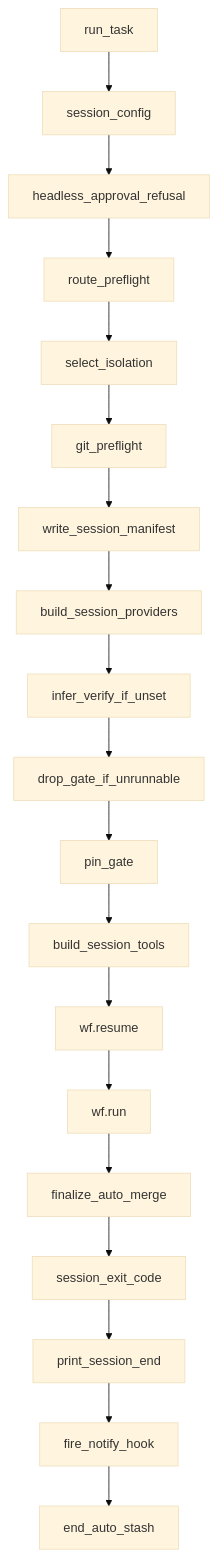
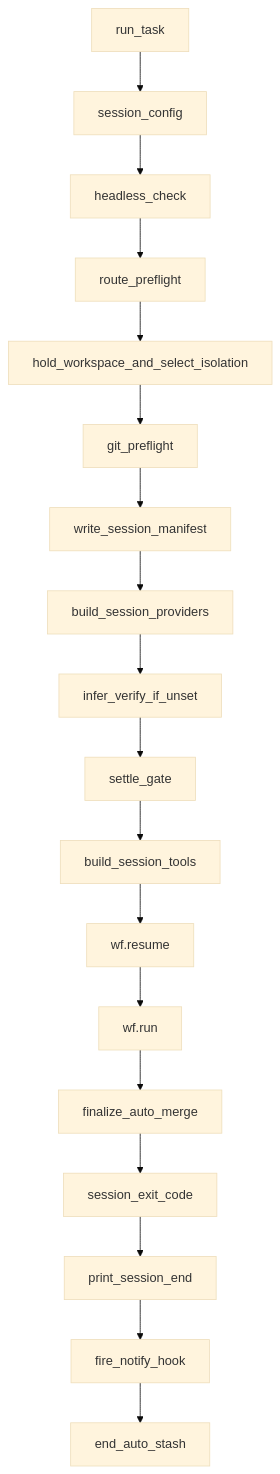
One commit to agent6-dev/agent6 changed the second of 6 diagrams in docs/architecture.md. Above: the diagram before and after it, drawn with Mermaid (base theme). The commit also changed other lines of this file and 7 other files, not shown here.

````diff
--- a/docs/architecture.md
+++ b/docs/architecture.md
@@ -85,40 +86,38 @@
 ```mermaid
 graph TD
     n_run_task["run_task"]
     n_session_config["session_config"]
-    n_headless_approval_refusal["headless_approval_refusal"]
+    n_headless_check["headless_check"]
     n_route_preflight["route_preflight"]
-    n_select_isolation["select_isolation"]
+    n_hold_workspace_and_select_isolation["hold_workspace_and_select_isolation"]
     n_git_preflight["git_preflight"]
     n_write_session_manifest["write_session_manifest"]
     n_build_session_providers["build_session_providers"]
     n_infer_verify_if_unset["infer_verify_if_unset"]
-    n_drop_gate_if_unrunnable["drop_gate_if_unrunnable"]
-    n_pin_gate["pin_gate"]
+    n_settle_gate["settle_gate"]
     n_build_session_tools["build_session_tools"]
     n_wf_resume["wf.resume"]
     n_wf_run["wf.run"]
     n_finalize_auto_merge["finalize_auto_merge"]
     n_session_exit_code["session_exit_code"]
     n_print_session_end["print_session_end"]
     n_fire_notify_hook["fire_notify_hook"]
     n_end_auto_stash["end_auto_stash"]
     n_run_task --> n_session_config
-    n_session_config --> n_headless_approval_refusal
-    n_headless_approval_refusal --> n_route_preflight
-    n_route_preflight --> n_select_isolation
-    n_select_isolation --> n_git_preflight
+    n_session_config --> n_headless_check
+    n_headless_check --> n_route_preflight
+    n_route_preflight --> n_hold_workspace_and_select_isolation
+    n_hold_workspace_and_select_isolation --> n_git_preflight
     n_git_preflight --> n_write_session_manifest
     n_write_session_manifest --> n_build_session_providers
     n_build_session_providers --> n_infer_verify_if_unset
-    n_infer_verify_if_unset --> n_drop_gate_if_unrunnable
-    n_drop_gate_if_unrunnable --> n_pin_gate
-    n_pin_gate --> n_build_session_tools
+    n_infer_verify_if_unset --> n_settle_gate
+    n_settle_gate --> n_build_session_tools
     n_build_session_tools --> n_wf_resume
     n_wf_resume --> n_wf_run
     n_wf_run --> n_finalize_auto_merge
     n_finalize_auto_merge --> n_session_exit_code
     n_session_exit_code --> n_print_session_end
     n_print_session_end --> n_fire_notify_hook
     n_fire_notify_hook --> n_end_auto_stash
 ```
````
